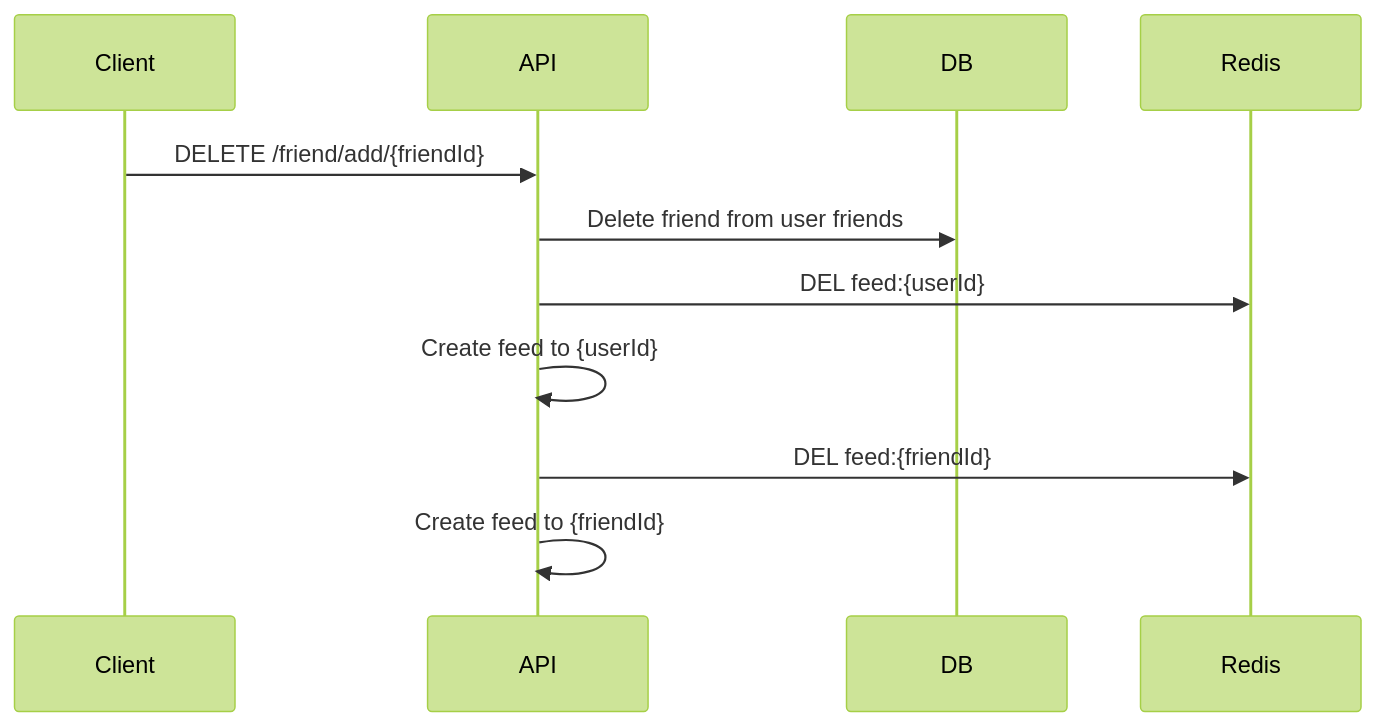
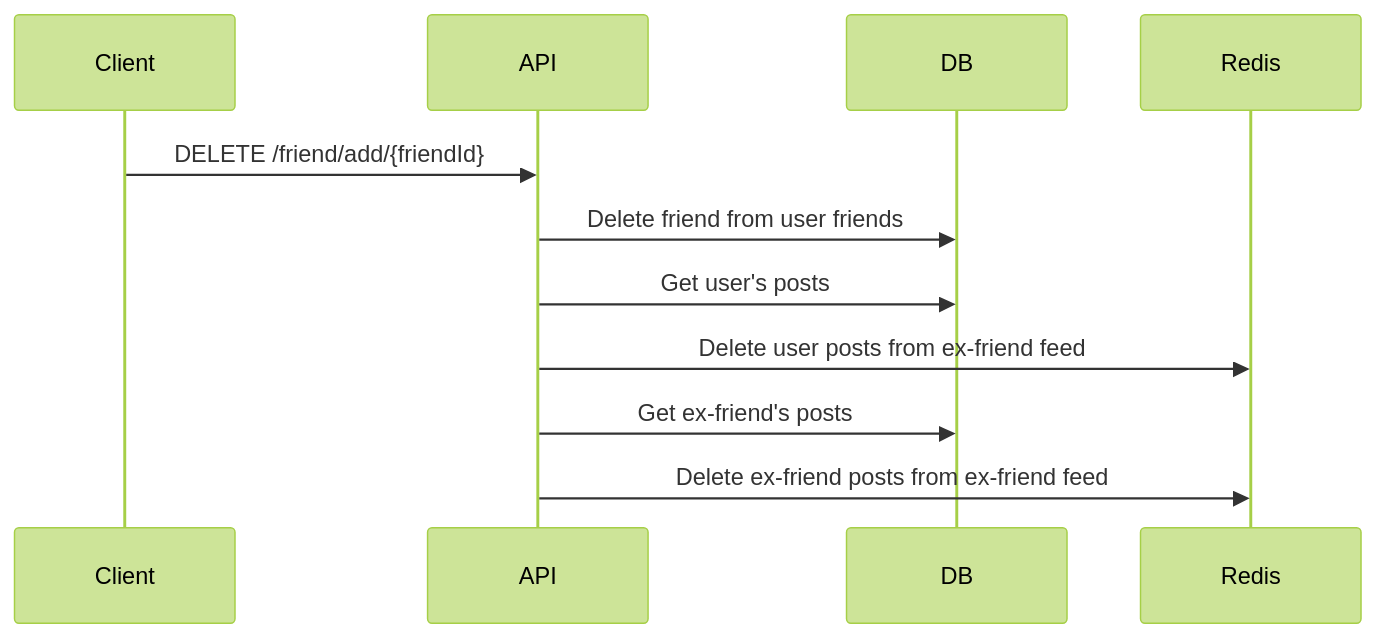
The fourth of 4 diagrams in readme.md (Romasmi/social-network), drawn with Mermaid (forest theme) before and after one commit. The commit also changed other lines of this file, not shown here.

`````diff
--- a/readme.md
+++ b/readme.md
@@ -158,9 +157,9 @@
 ````mermaid
 sequenceDiagram
     Client->>API: DELETE /friend/add/{friendId}
     API->>DB: Delete friend from user friends
-    API->>Redis: DEL feed:{userId} 
-    API->>API: Create feed to {userId}
-    API->>Redis: DEL feed:{friendId}
-    API->>API: Create feed to {friendId}
+    API->>DB: Get user's posts
+    API->>Redis: Delete user posts from ex-friend feed 
+    API->>DB: Get ex-friend's posts
+    API->>Redis: Delete ex-friend posts from ex-friend feed
 ````
`````
